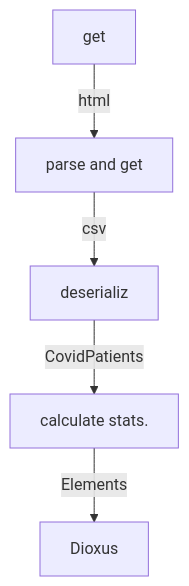
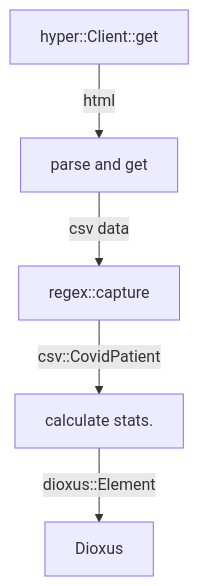
Before and after one commit to shnarazk/fukuoka-C19: the diagram in README.md, drawn with Mermaid.

````diff
--- a/README.md
+++ b/README.md
@@ -11,7 +11,7 @@
 ```mermaid
 flowchart TD
-A[get] -- html --> B[parse and get];
-B -- csv --> C[deserializ];
-C --CovidPatients --> D[calculate stats.];
-D -- Elements --> E[Dioxus];
+A[hyper::Client::get] -- html --> B[parse and get];
+B -- csv data --> C[regex::capture];
+C --csv::CovidPatient --> D[calculate stats.];
+D -- dioxus::Element --> E[Dioxus];
 ```
````
